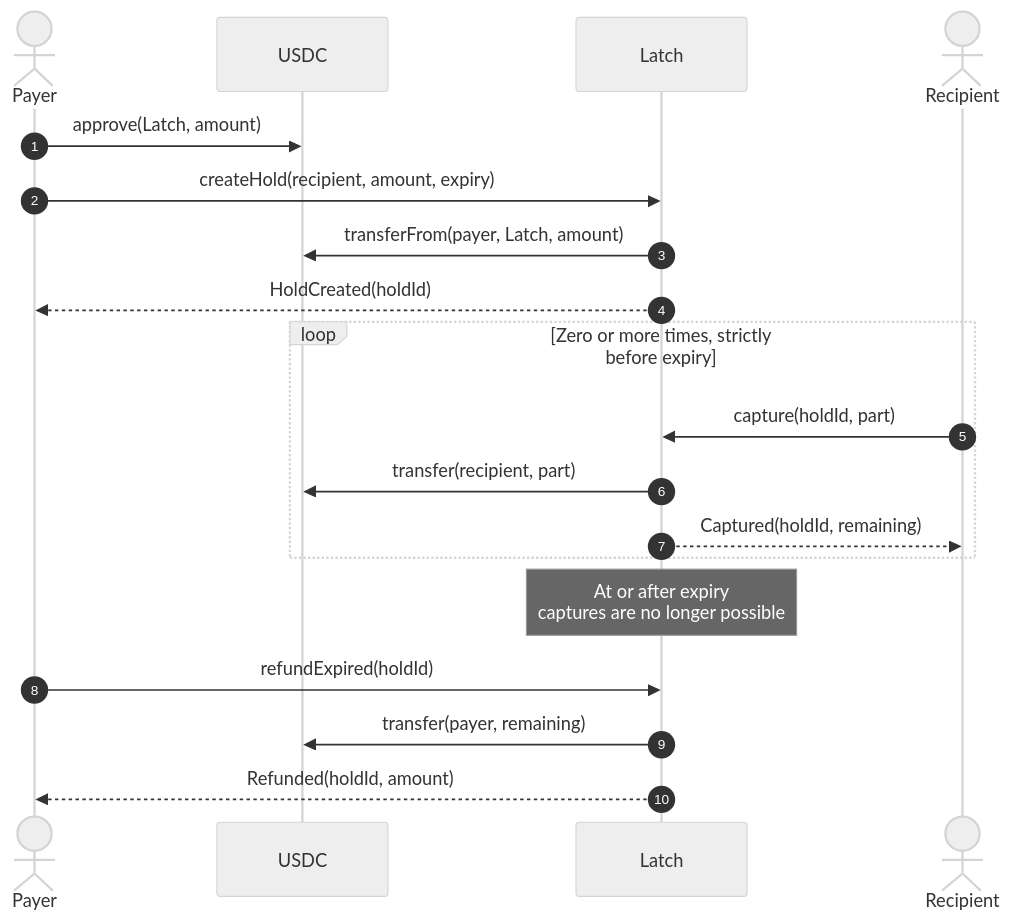
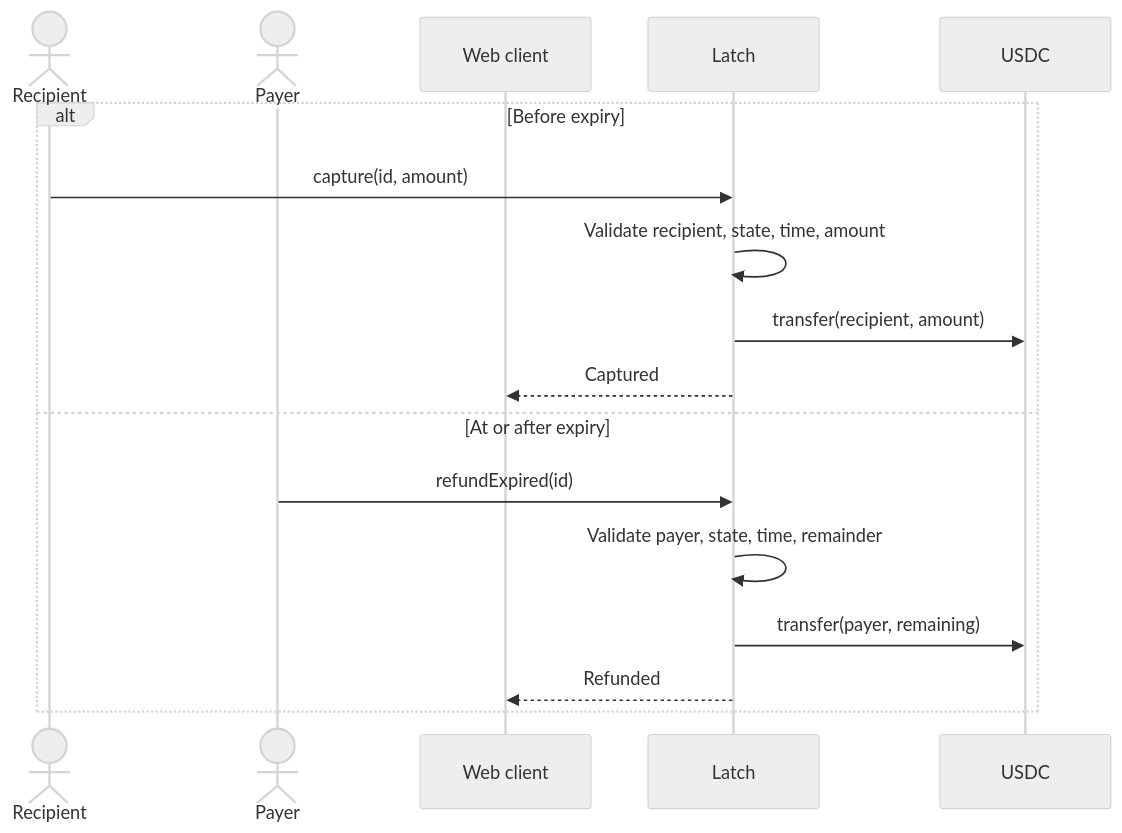
One commit to karagozemin/LATCH changed the fourth of 4 diagrams in docs/ARCHITECTURE.md. Above: the diagram before and after it, drawn with Mermaid (neutral theme). The commit also changed other lines of this file and 1 other file, not shown here.

First line of the commit message:
docs: update README and architecture documentation for clarity and structure

````diff
--- a/docs/ARCHITECTURE.md
+++ b/docs/ARCHITECTURE.md
@@ -58,25 +254,20 @@
 ```mermaid
 sequenceDiagram
-    autonumber
+    actor R as Recipient
     actor P as Payer
+    participant UI as Web client
+    participant L as Latch
     participant U as USDC
-    participant L as Latch
-    actor R as Recipient
 
-    P->>U: approve(Latch, amount)
-    P->>L: createHold(recipient, amount, expiry)
-    L->>U: transferFrom(payer, Latch, amount)
-    L-->>P: HoldCreated(holdId)
-
-    loop Zero or more times, strictly before expiry
-        R->>L: capture(holdId, part)
-        L->>U: transfer(recipient, part)
-        L-->>R: Captured(holdId, remaining)
+    alt Before expiry
+        R->>L: capture(id, amount)
+        L->>L: Validate recipient, state, time, amount
+        L->>U: transfer(recipient, amount)
+        L-->>UI: Captured
+    else At or after expiry
+        P->>L: refundExpired(id)
+        L->>L: Validate payer, state, time, remainder
+        L->>U: transfer(payer, remaining)
+        L-->>UI: Refunded
     end
-
-    Note over L: At or after expiry<br/>captures are no longer possible
-
-    P->>L: refundExpired(holdId)
-    L->>U: transfer(payer, remaining)
-    L-->>P: Refunded(holdId, amount)
 ```
````
